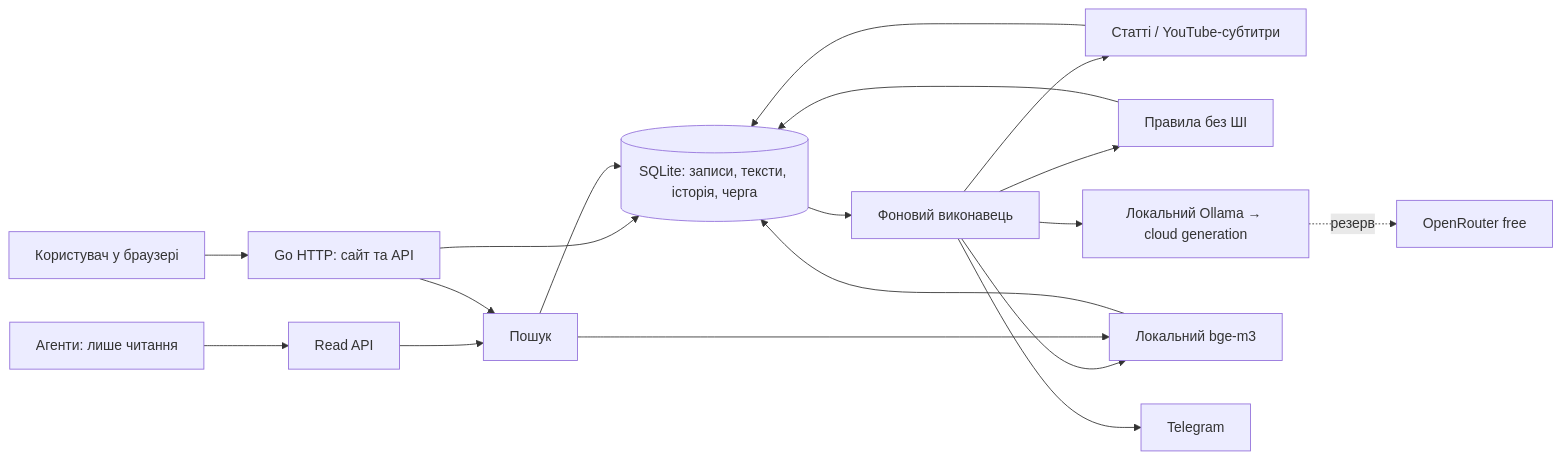
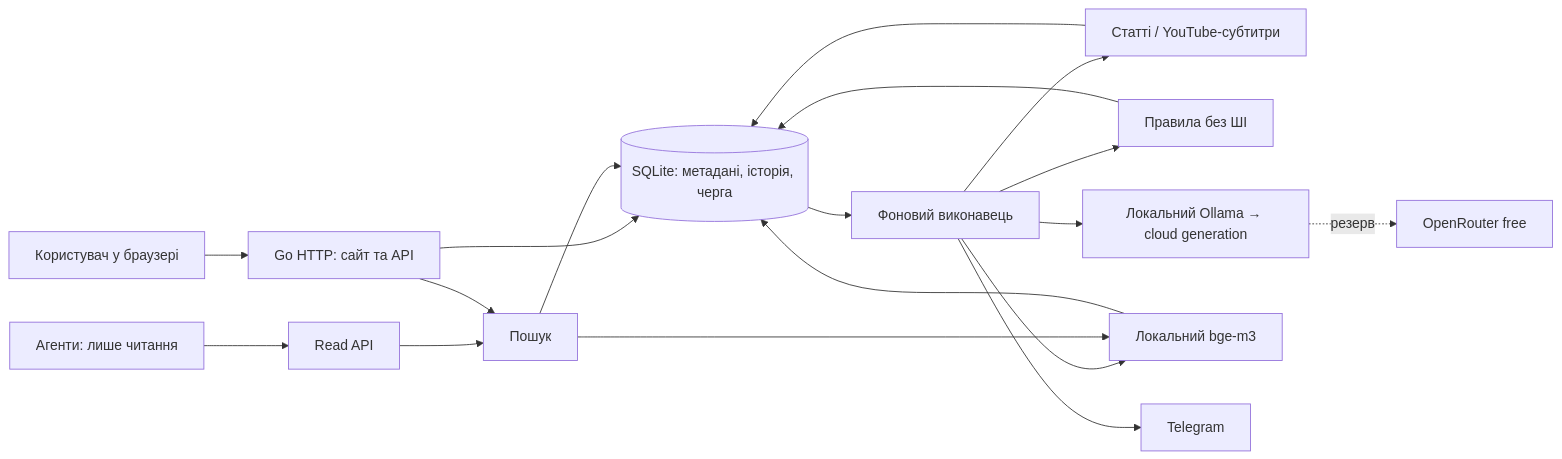
Before and after one commit to valpere/news-library: the diagram in docs/HLD.md, drawn with Mermaid. The commit also changed other lines of this file and 29 other files, not shown here.

````diff
--- a/docs/HLD.md
+++ b/docs/HLD.md
@@ -12,20 +12,20 @@
 ```mermaid
 flowchart LR
     U[Користувач у браузері] --> H[Go HTTP: сайт та API]
     A[Агенти: лише читання] --> R[Read API]
     R --> S[Пошук]
-    H --> D[(SQLite: записи, тексти, історія, черга)]
+    H --> D[(SQLite: метадані, історія, черга)]
     D --> W[Фоновий виконавець]
     W --> X[Статті / YouTube-субтитри]
     X --> D
     W --> F[Правила без ШІ]
     F --> D
     W --> O[Локальний Ollama → cloud generation]
     O -. резерв .-> OR[OpenRouter free]
     W --> E[Локальний bge-m3]
     E --> D
     S --> D
     S --> E
     W --> T[Telegram]
     H --> S
 ```
````
